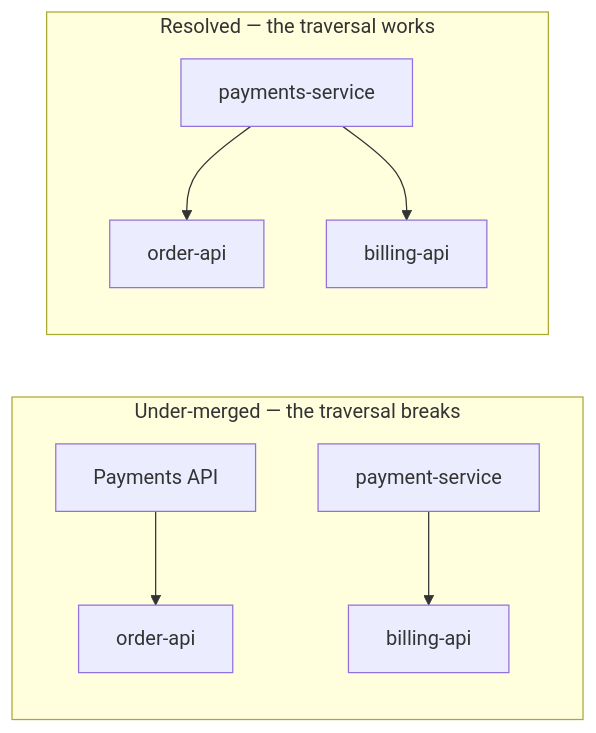
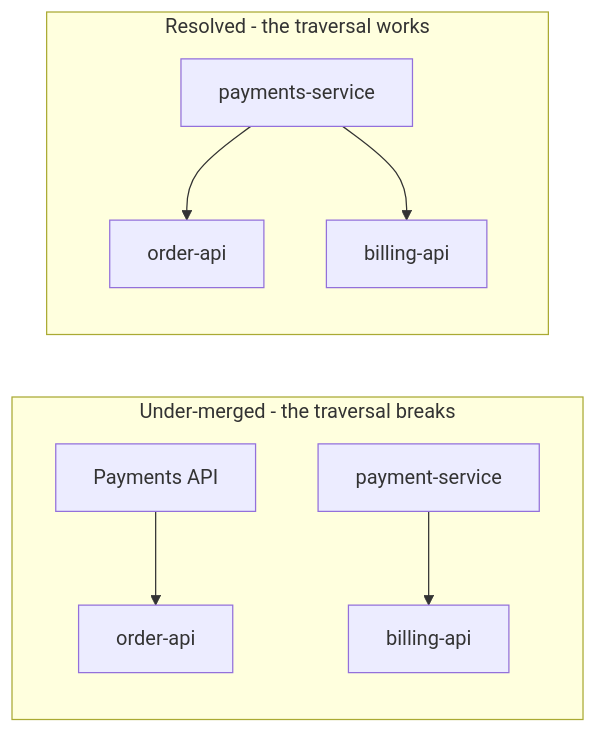
Before and after one commit to danielsousaoliveira/cs-fundamentals: the first of 2 diagrams in src/content/docs/10-ai-engineering/knowledge-graphs.mdx, drawn with Mermaid. The commit also changed other lines of this file and 139 other files, not shown here.

````diff
--- a/src/content/docs/10-ai-engineering/knowledge-graphs.mdx
+++ b/src/content/docs/10-ai-engineering/knowledge-graphs.mdx
@@ -116,11 +116,11 @@
 ```mermaid
 flowchart LR
-  subgraph U["Under-merged — the traversal breaks"]
+  subgraph U["Under-merged - the traversal breaks"]
     A1[Payments API] --> B1[order-api]
     A2[payment-service] --> C1[billing-api]
   end
-  subgraph M["Resolved — the traversal works"]
+  subgraph M["Resolved - the traversal works"]
     A3[payments-service] --> B2[order-api]
     A3 --> C2[billing-api]
   end
 ```
````
